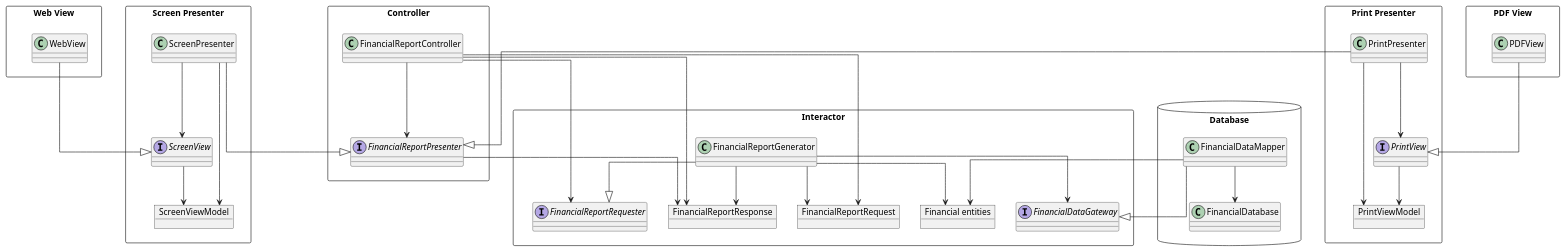
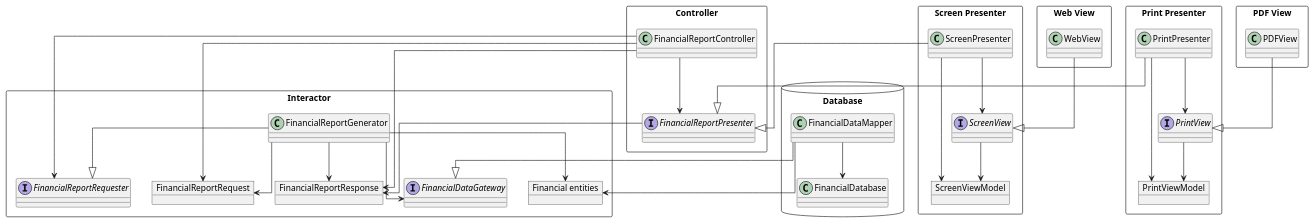
Before and after one commit to huland/logseq-notes: the third of 4 diagrams in pages/Robert C. Martin - Clean Architecture A Craftsman's Guide to Software Structure and Design.md, drawn with PlantUML.

Commit message:
Auto saved by Logseq

```diff
--- a/pages/Robert C. Martin - Clean Architecture A Craftsman's Guide to Software Structure and Design.md
+++ b/pages/Robert C. Martin - Clean Architecture A Craftsman's Guide to Software Structure and Design.md
@@ -203,67 +203,61 @@
 				  @startuml
 				  skinparam linetype ortho
 				  
 				  package Interactor <<Rectangle>> {
 				    object FinancialReportRequest
 				    interface FinancialReportRequester
 				    object FinancialReportResponse
 				    class FinancialReportGenerator
 				    interface FinancialDataGateway
 				    object "Financial entities" as FinancialEntities
 				  }
 				  package Controller <<Rectangle>> {
 				    class FinancialReportController 
 				    interface FinancialReportPresenter
 				  }
 				  package Database <<Database>> {
 				    class FinancialDataMapper 
 				    class FinancialDatabase
 				  }
 				  package "Screen Presenter" as ScreenPres <<Rectangle>> {
 				    class ScreenPresenter
 				    object ScreenViewModel
 				    interface ScreenView
 				  }
 				  package "Print Presenter" as PrintPres <<Rectangle>> {
 				    class PrintPresenter
 				    object PrintViewModel
 				    interface PrintView
 				  } 
 				  package "PDF View" as PDFV <<Rectangle>> {
 				    class PDFView
 				  } 
 				  package "Web View" as WebV <<Rectangle>> {
 				    class WebView
 				  } 
 				  
 				  FinancialReportGenerator --> FinancialReportRequest
 				  FinancialReportGenerator --> FinancialEntities
 				  FinancialReportGenerator --> FinancialReportResponse
 				  FinancialReportGenerator --> FinancialDataGateway
 				  FinancialReportGenerator --|> FinancialReportRequester
 				  FinancialDataMapper --> FinancialDatabase
 				  FinancialDataMapper --> FinancialEntities
 				  FinancialDataMapper --|> FinancialDataGateway
 				  FinancialReportController --> FinancialReportPresenter
 				  FinancialReportPresenter --> FinancialReportResponse
 				  FinancialReportController --> FinancialReportRequest
 				  FinancialReportController --> FinancialReportRequester
 				  FinancialReportController --> FinancialReportResponse
 				  ScreenPresenter --> ScreenView
 				  ScreenView --> ScreenViewModel
 				  ScreenPresenter --> ScreenViewModel
 				  ScreenPresenter --|> FinancialReportPresenter
 				  PrintPresenter --> PrintView
 				  PrintView --> PrintViewModel
 				  PrintPresenter --> PrintViewModel
 				  PrintPresenter --|> FinancialReportPresenter
 				  WebView --|> ScreenView
 				  PDFView --|> PrintView
 				  
-				  WebV -[hidden]> ScreenPres
-				  PDFV -[hidden]> PrintPres
-				  PrintPres -[hidden]> Controller
-				  ScreenPres -[hidden]> Controller
-				  Controller -[hidden]> Interactor
-				  Interactor -[hidden]> Database
 				  @enduml
```
